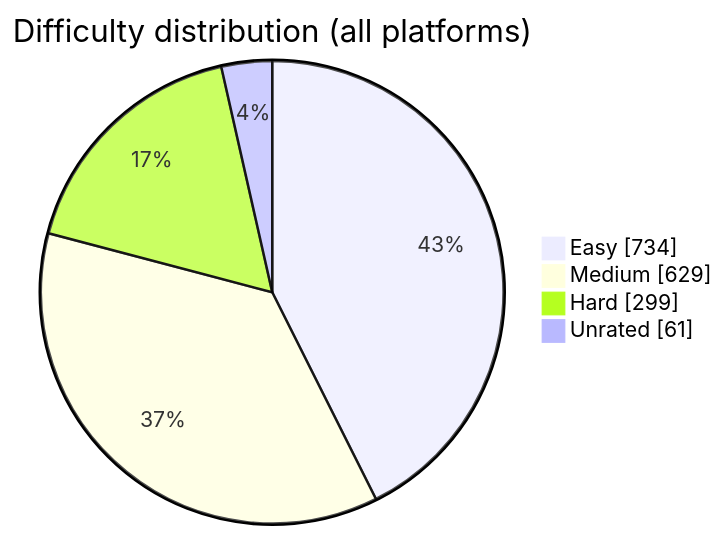
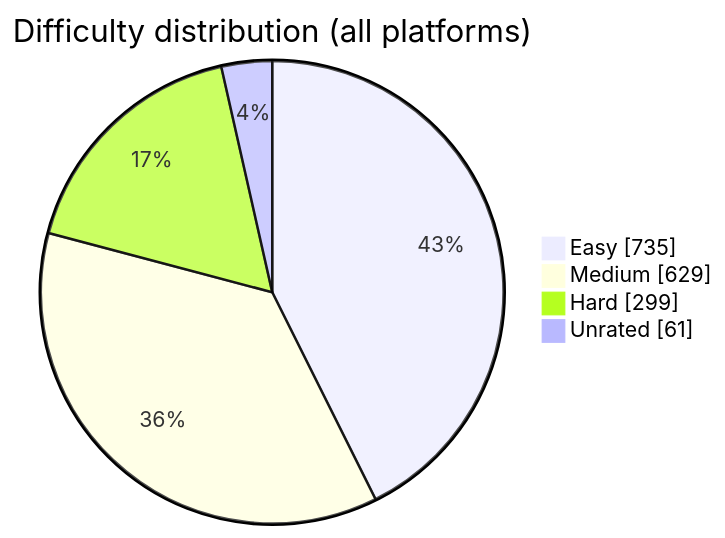
Before and after one commit to BuildbyArindam/Daily-Coding-Log: the diagram in README.md, drawn with Mermaid. The commit also changed other lines of this file, not shown here.

````diff
--- a/README.md
+++ b/README.md
@@ -93,7 +93,7 @@
 ```mermaid
 pie showData title Difficulty distribution (all platforms)
-    "Easy" : 734
+    "Easy" : 735
     "Medium" : 629
     "Hard" : 299
     "Unrated" : 61
 ```
````
